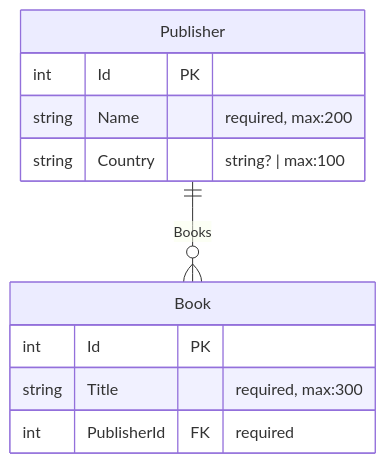
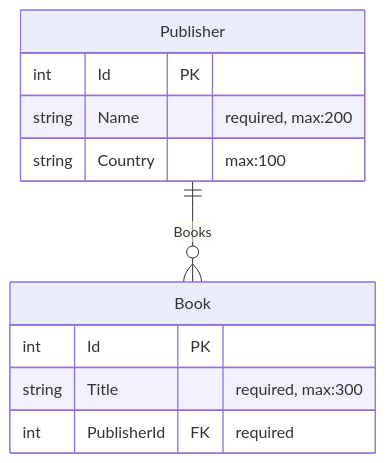
Before and after one commit to HandyS11/ProjGraph: the second of 3 diagrams in src/ProjGraph.Cli/README.md, drawn with Mermaid. The commit also changed 37 other files, not shown here.

````diff
--- a/src/ProjGraph.Cli/README.md
+++ b/src/ProjGraph.Cli/README.md
@@ -80,15 +80,15 @@
 ```mermaid
 erDiagram
     Publisher {
         int Id PK
         string Name "required, max:200"
-        string Country "string? | max:100"
+        string Country "max:100"
     }
     Book {
         int Id PK
         string Title "required, max:300"
         int PublisherId FK "required"
     }
 
     Publisher ||--o{ Book : "Books"
 ```
````
